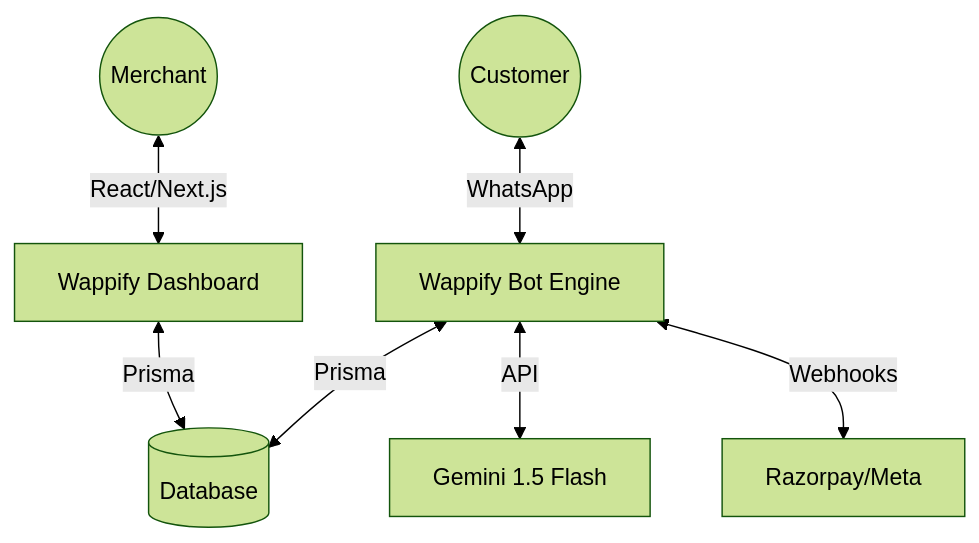
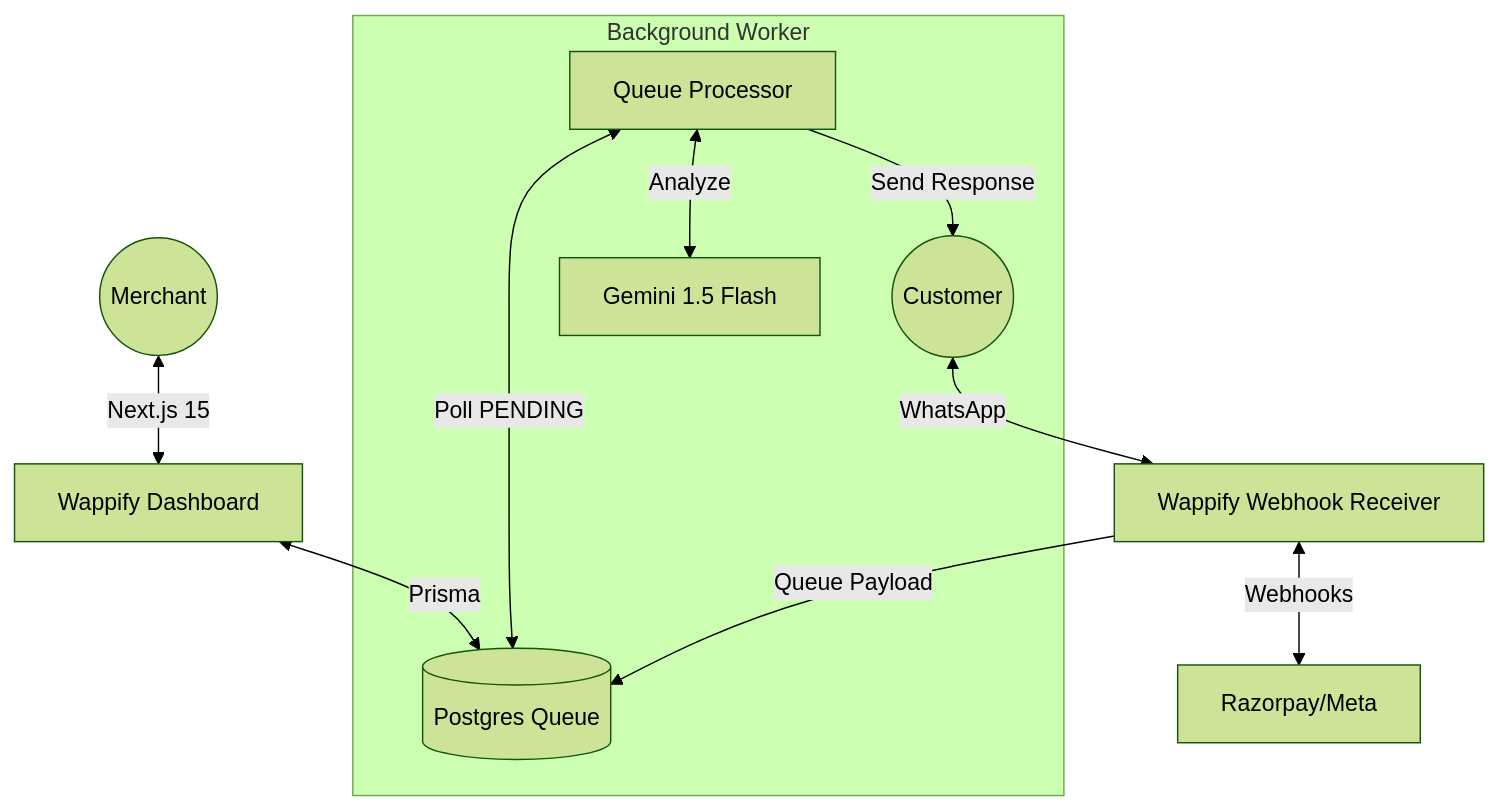
The diagram in README.md (GauharAlam/Wappify), drawn with Mermaid (forest theme) before and after one commit. The commit also changed other lines of this file, not shown here.

````diff
--- a/README.md
+++ b/README.md
@@ -39,11 +39,16 @@
 ```mermaid
 graph TD
-    User((Customer)) <--> |WhatsApp| WB[Wappify Bot Engine]
-    WB <--> |Prisma| DB[(Database)]
-    WB <--> |API| AI[Gemini 1.5 Flash]
+    User((Customer)) <--> |WhatsApp| WB[Wappify Webhook Receiver]
+    WB --> |Queue Payload| DB[(Postgres Queue)]
     
-    Merchant((Merchant)) <--> |React/Next.js| WD[Wappify Dashboard]
+    subgraph "Background Worker"
+        BW[Queue Processor] <--> |Poll PENDING| DB
+        BW <--> |Analyze| AI[Gemini 1.5 Flash]
+        BW --> |Send Response| User
+    end
+    
+    Merchant((Merchant)) <--> |Next.js 15| WD[Wappify Dashboard]
     WD <--> |Prisma| DB
     
     WB <--> |Webhooks| P[Razorpay/Meta]
 ```
````
